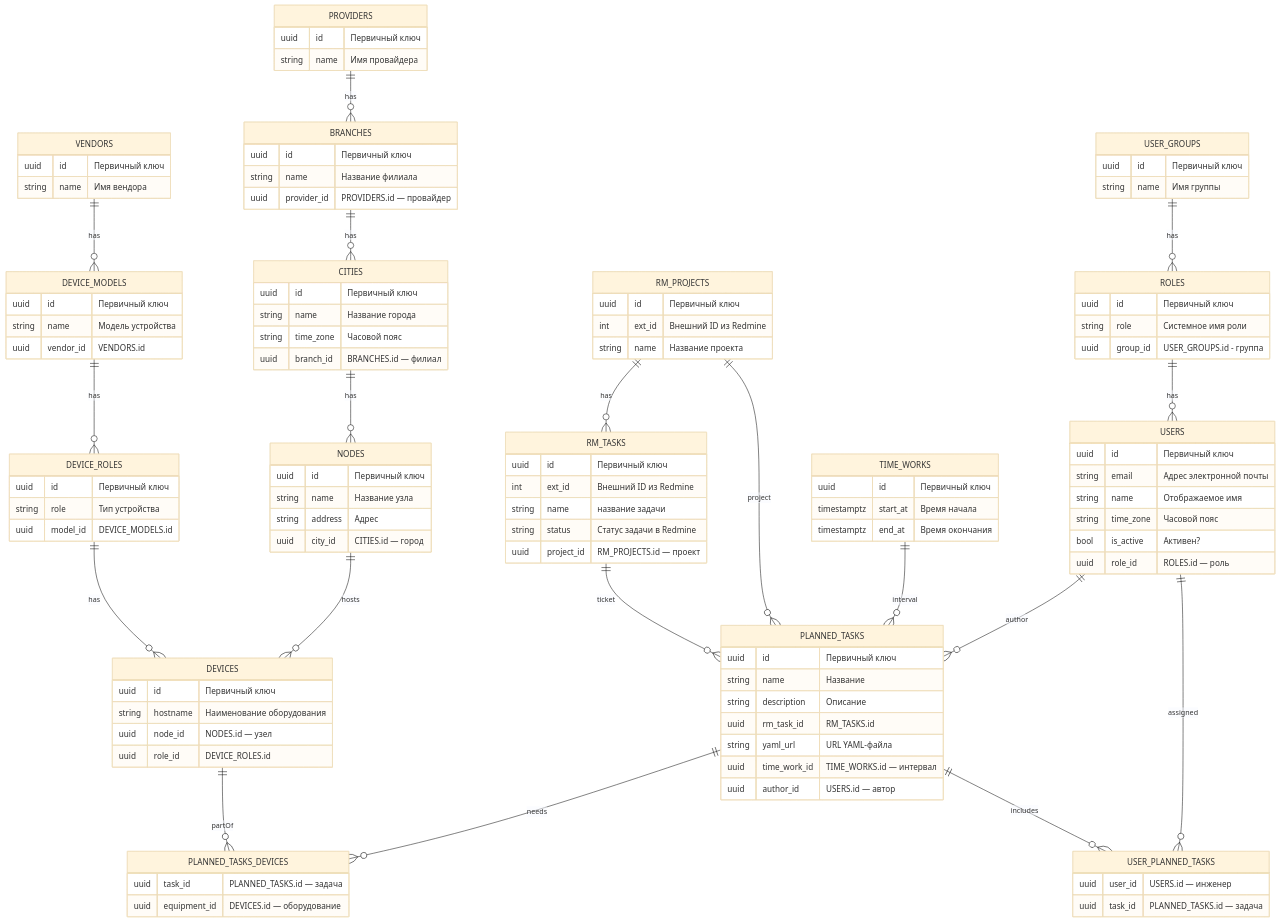
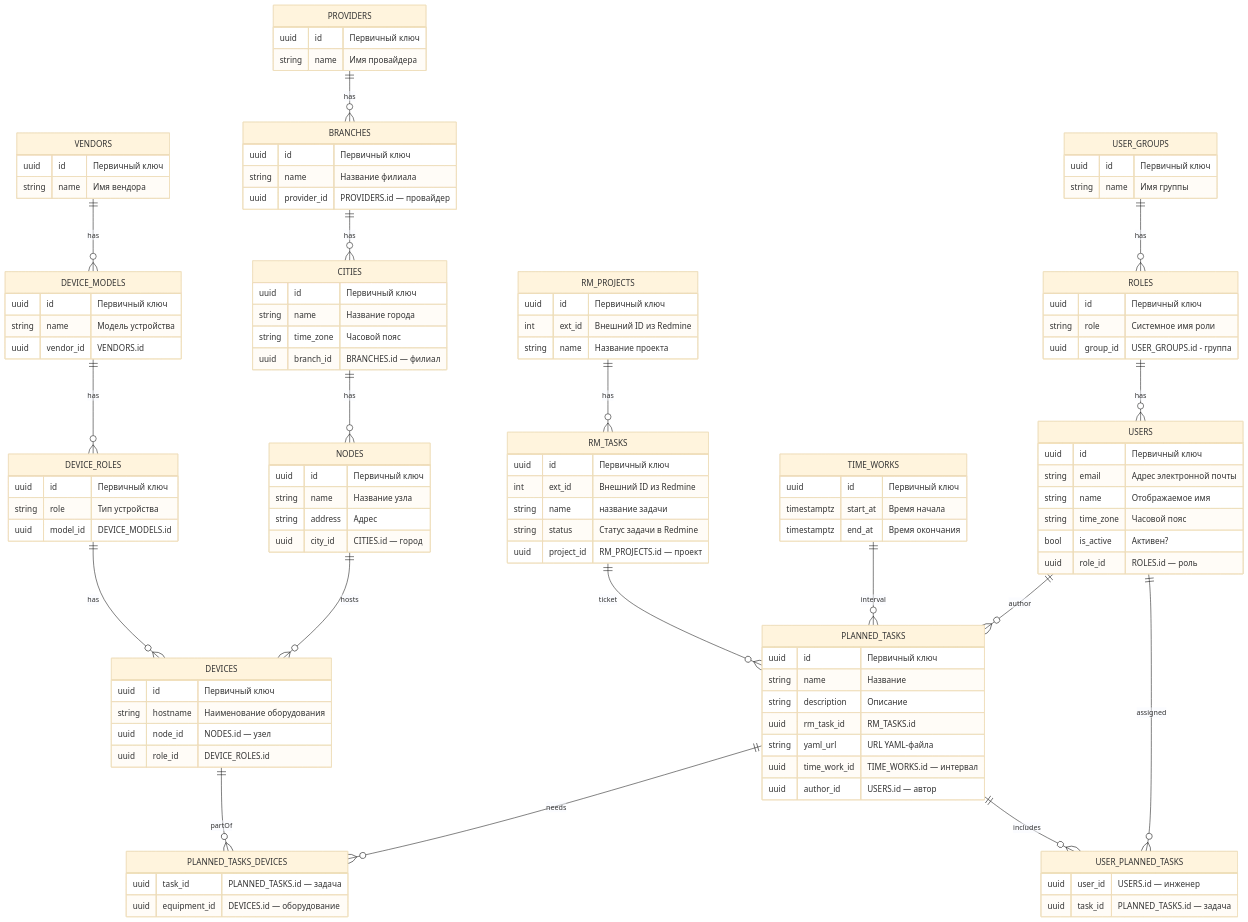
One commit to yushachkov01/new_ntPlanner changed the diagram in project-schemas/hasuraScheme.md. Above: the diagram before and after it, drawn with Mermaid (base theme).

Commit message:
Удалил не правильную связь

```diff
--- a/project-schemas/hasuraScheme.md
+++ b/project-schemas/hasuraScheme.md
@@ -128,7 +128,6 @@
     DEVICES       ||--o{ PLANNED_TASKS_DEVICES: partOf
 
     RM_PROJECTS   ||--o{ RM_TASKS      : has
-    RM_PROJECTS   ||--o{ PLANNED_TASKS : project
     RM_TASKS      ||--o{ PLANNED_TASKS : ticket
     USER_GROUPS   ||--o{ ROLES : has
     VENDORS       ||--o{ DEVICE_MODELS : has
```
